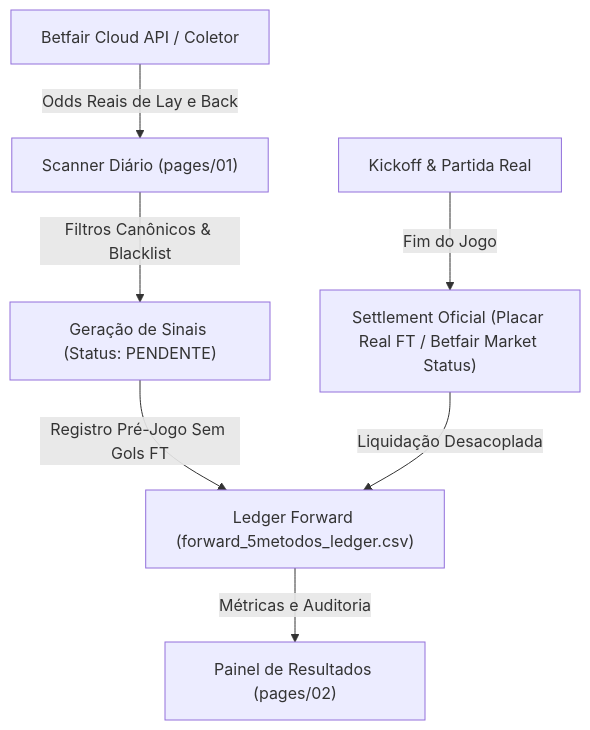
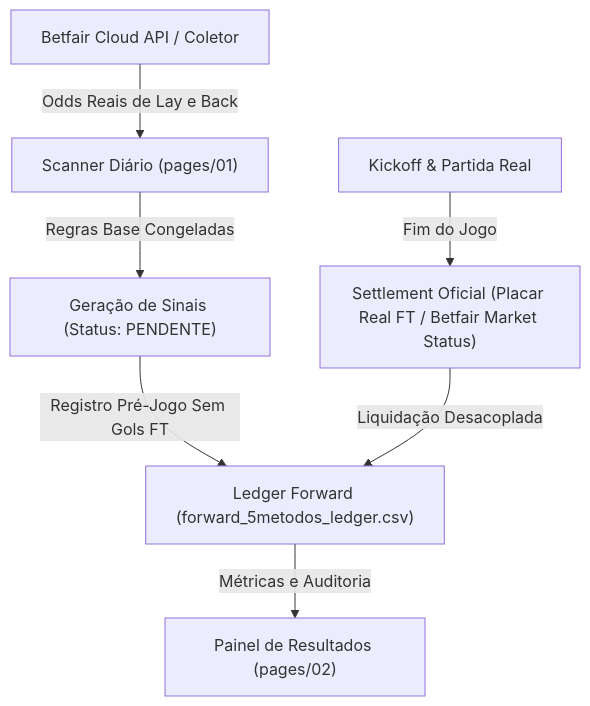
Before and after one commit to rpthiago/ARKAD_PROD: the diagram in PRD_SISTEMA_ARKAD.md, drawn with Mermaid. The commit also changed other lines of this file and 8 other files, not shown here.

````diff
--- a/PRD_SISTEMA_ARKAD.md
+++ b/PRD_SISTEMA_ARKAD.md
@@ -23,9 +23,9 @@
 ```mermaid
 flowchart TD
     A["Betfair Cloud API / Coletor"] -->|Odds Reais de Lay e Back| B["Scanner Diário (pages/01)"]
-    B -->|Filtros Canônicos & Blacklist| C["Geração de Sinais (Status: PENDENTE)"]
+    B -->|Regras Base Congeladas| C["Geração de Sinais (Status: PENDENTE)"]
     C -->|Registro Pré-Jogo Sem Gols FT| D["Ledger Forward (forward_5metodos_ledger.csv)"]
     E["Kickoff & Partida Real"] -->|Fim do Jogo| F["Settlement Oficial (Placar Real FT / Betfair Market Status)"]
     F -->|Liquidação Desacoplada| D
     D -->|Métricas e Auditoria| G["Painel de Resultados (pages/02)"]
 ```
````
